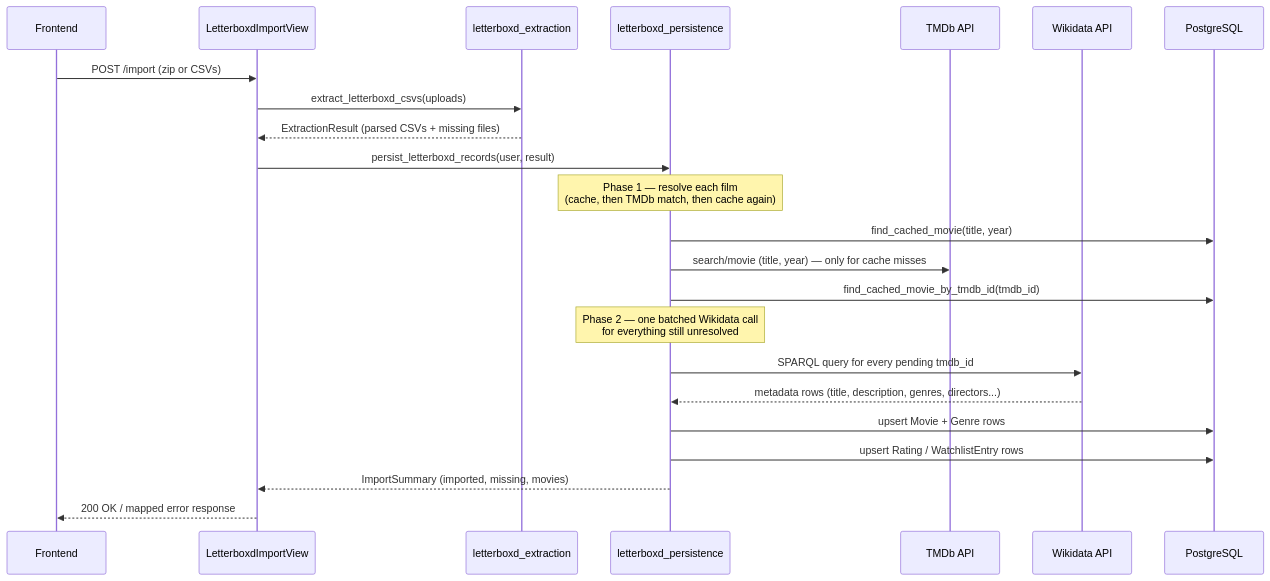
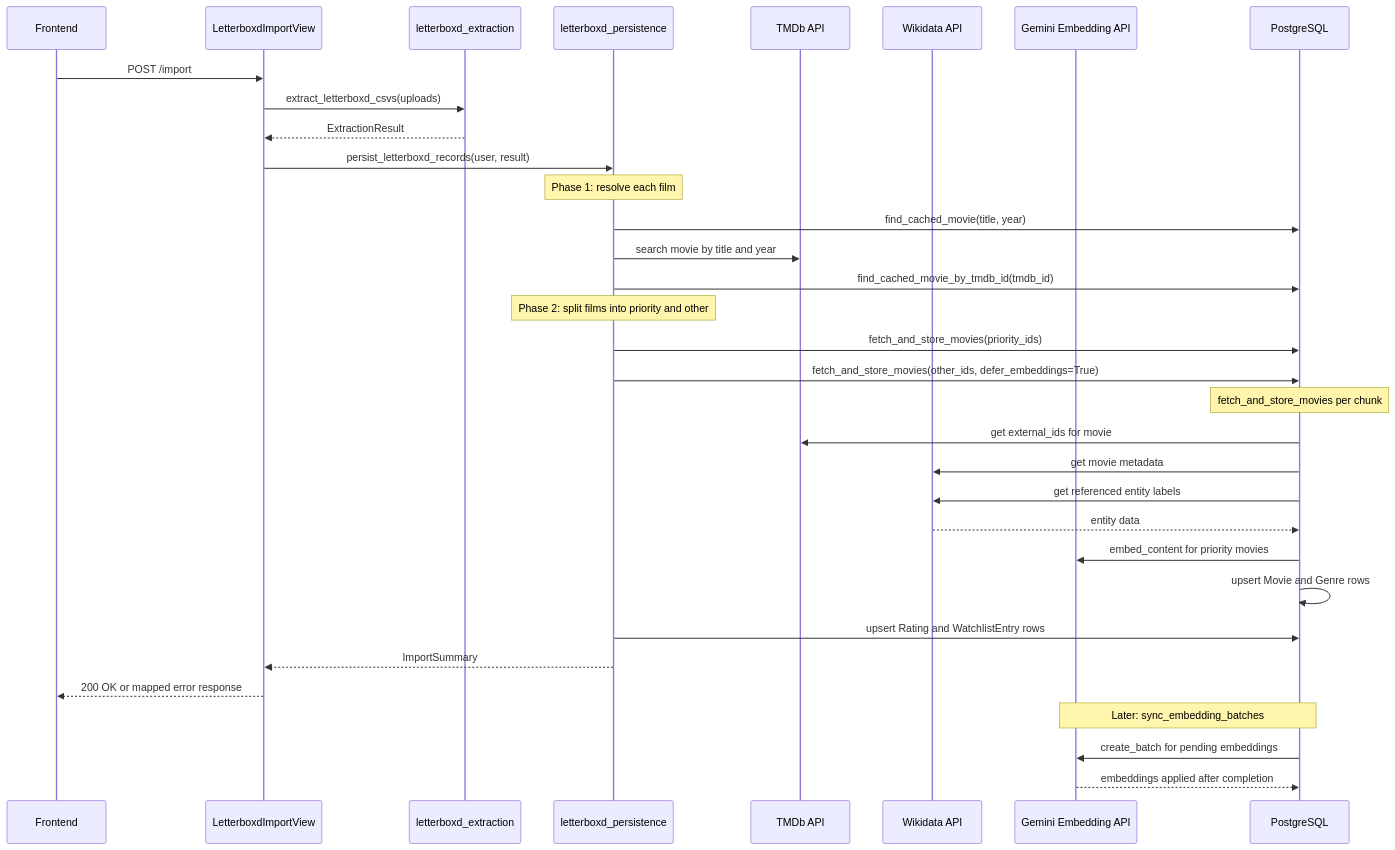
The first of 3 diagrams in docs/letterboxd-export-import-flow.md (xultimatex8/ukinory), drawn with Mermaid before and after one commit. The commit also changed other lines of this file, not shown here.

Commit message:
docs: update export import flow doc to new method

````diff
--- a/docs/letterboxd-export-import-flow.md
+++ b/docs/letterboxd-export-import-flow.md
@@ -9,29 +9,41 @@
 ```mermaid
 sequenceDiagram
     participant FE as Frontend
     participant View as LetterboxdImportView
     participant Extract as letterboxd_extraction
     participant Persist as letterboxd_persistence
     participant TMDb as TMDb API
     participant WD as Wikidata API
+    participant Gemini as Gemini Embedding API
     participant DB as PostgreSQL
 
-    FE->>View: POST /import (zip or CSVs)
+    FE->>View: POST /import
     View->>Extract: extract_letterboxd_csvs(uploads)
-    Extract-->>View: ExtractionResult (parsed CSVs + missing files)
+    Extract-->>View: ExtractionResult
     View->>Persist: persist_letterboxd_records(user, result)
 
-    Note over Persist: Phase 1 — resolve each film<br/>(cache, then TMDb match, then cache again)
+    Note over Persist: Phase 1: resolve each film
     Persist->>DB: find_cached_movie(title, year)
-    Persist->>TMDb: search/movie (title, year) — only for cache misses
+    Persist->>TMDb: search movie by title and year
     Persist->>DB: find_cached_movie_by_tmdb_id(tmdb_id)
 
-    Note over Persist: Phase 2 — one batched Wikidata call<br/>for everything still unresolved
-    Persist->>WD: SPARQL query for every pending tmdb_id
-    WD-->>Persist: metadata rows (title, description, genres, directors...)
-    Persist->>DB: upsert Movie + Genre rows
+    Note over Persist: Phase 2: split films into priority and other
+    Persist->>DB: fetch_and_store_movies(priority_ids)
+    Persist->>DB: fetch_and_store_movies(other_ids, defer_embeddings=True)
 
-    Persist->>DB: upsert Rating / WatchlistEntry rows
-    Persist-->>View: ImportSummary (imported, missing, movies)
-    View-->>FE: 200 OK / mapped error response
+    Note over DB: fetch_and_store_movies per chunk
+    DB->>TMDb: get external_ids for movie
+    DB->>WD: get movie metadata
+    DB->>WD: get referenced entity labels
+    WD-->>DB: entity data
+    DB->>Gemini: embed_content for priority movies
+    DB->>DB: upsert Movie and Genre rows
+
+    Persist->>DB: upsert Rating and WatchlistEntry rows
+    Persist-->>View: ImportSummary
+    View-->>FE: 200 OK or mapped error response
+
+    Note over DB,Gemini: Later: sync_embedding_batches
+    DB->>Gemini: create_batch for pending embeddings
+    Gemini-->>DB: embeddings applied after completion
 ```
````
